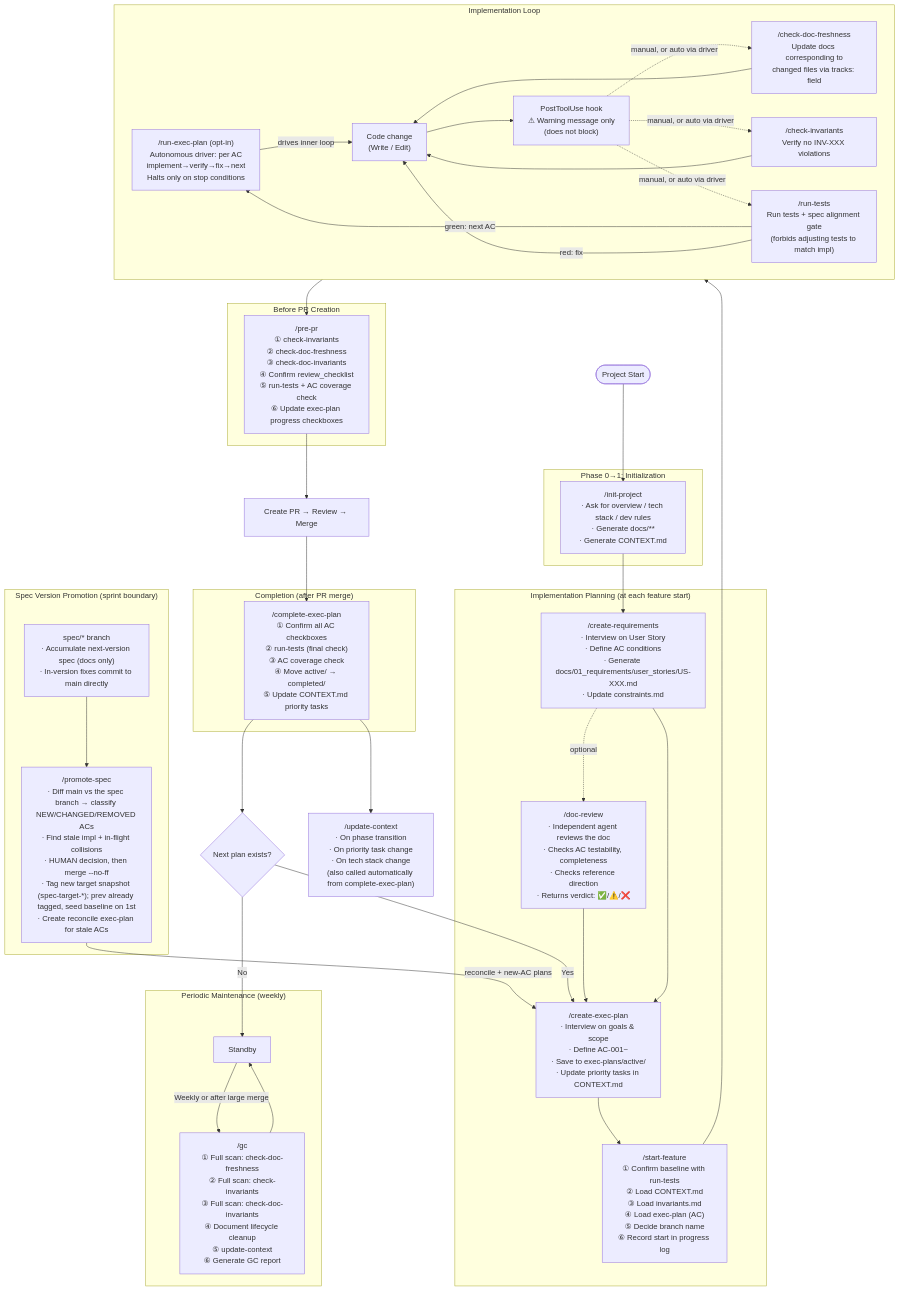
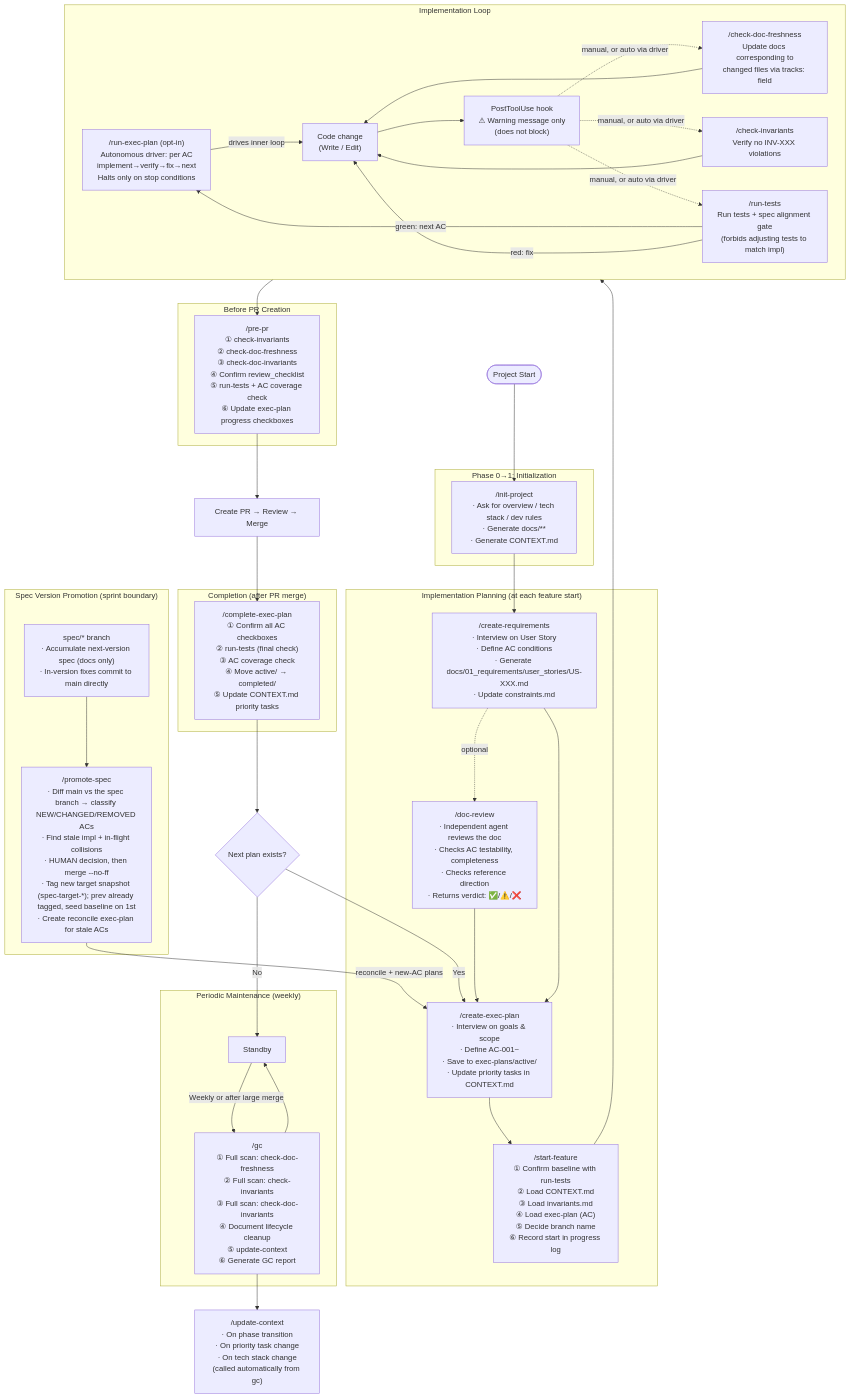
One commit to aki-senri/DocDDTemplate changed the first of 2 diagrams in SKILL_FLOW.md. Above: the diagram before and after it, drawn with Mermaid. The commit also changed other lines of this file and 2 other files, not shown here.

Commit message:
docs: complete-exec-plan の呼び出し関係を実態に修正（Copilot 第2回レビュー）
complete-exec-plan は CONTEXT.md を Step 4 で直接更新しており、update-context
スキルは呼ばない（呼ぶのは gc のみ）。また回す検証スキルは run-tests だけ。

- ONBOARDING.ja.md / ONBOARDING.md の §6-0 注記を実態に修正
  （update-context の呼び出し元を gc に限定、complete-exec-plan は直接更新と明記）
- SKILL_FLOW.md の既存の誤りも併せて訂正
  - 図: COMPLETE --> UC を GC --> UC に変更し注記を追加
  - スキル呼び出し表: complete-exec-plan → update-context の行を削除し直接更新へ

````diff
--- a/SKILL_FLOW.md
+++ b/SKILL_FLOW.md
@@ -11,79 +11,79 @@
 ```mermaid
 flowchart TD
     START([Project Start]) --> INIT
 
     subgraph PHASE01["Phase 0→1: Initialization"]
         INIT["/init-project\n· Ask for overview / tech stack / dev rules\n· Generate docs/**\n· Generate CONTEXT.md"]
     end
 
     INIT --> REQ
 
     subgraph PLAN_PHASE["Implementation Planning (at each feature start)"]
         REQ["/create-requirements\n· Interview on User Story\n· Define AC conditions\n· Generate docs/01_requirements/user_stories/US-XXX.md\n· Update constraints.md"]
         REQ -.->|optional| DR
         DR["/doc-review\n· Independent agent reviews the doc\n· Checks AC testability, completeness\n· Checks reference direction\n· Returns verdict: ✅/⚠️/❌"]
         DR --> PLAN
         REQ --> PLAN
         PLAN["/create-exec-plan\n· Interview on goals & scope\n· Define AC-001~\n· Save to exec-plans/active/\n· Update priority tasks in CONTEXT.md"]
         PLAN --> SF
         SF["/start-feature\n① Confirm baseline with run-tests\n② Load CONTEXT.md\n③ Load invariants.md\n④ Load exec-plan (AC)\n⑤ Decide branch name\n⑥ Record start in progress log"]
     end
 
     SF --> IMPL
 
     subgraph IMPL["Implementation Loop"]
         DRIVER["/run-exec-plan (opt-in)\nAutonomous driver: per AC\nimplement→verify→fix→next\nHalts only on stop conditions"]
         CODE["Code change\n(Write / Edit)"]
         HOOK["PostToolUse hook\n⚠ Warning message only\n(does not block)"]
         CDF["/check-doc-freshness\nUpdate docs corresponding to\nchanged files via tracks: field"]
         CI["/check-invariants\nVerify no INV-XXX violations"]
         RT["/run-tests\nRun tests + spec alignment gate\n(forbids adjusting tests to match impl)"]
 
         DRIVER -->|drives inner loop| CODE
         CODE --> HOOK
         HOOK -.->|manual, or auto via driver| CDF
         HOOK -.->|manual, or auto via driver| CI
         HOOK -.->|manual, or auto via driver| RT
         CDF --> CODE
         CI --> CODE
         RT -->|green: next AC| DRIVER
         RT -->|red: fix| CODE
     end
 
     IMPL --> PREPR
 
     subgraph PREPR_PHASE["Before PR Creation"]
         PREPR["/pre-pr\n① check-invariants\n② check-doc-freshness\n③ check-doc-invariants\n④ Confirm review_checklist\n⑤ run-tests + AC coverage check\n⑥ Update exec-plan progress checkboxes"]
     end
 
     PREPR --> PR
     PR["Create PR → Review → Merge"]
     PR --> COMPLETE
 
     subgraph COMPLETE_PHASE["Completion (after PR merge)"]
         COMPLETE["/complete-exec-plan\n① Confirm all AC checkboxes\n② run-tests (final check)\n③ AC coverage check\n④ Move active/ → completed/\n⑤ Update CONTEXT.md priority tasks"]
     end
 
     COMPLETE --> NEXT
     NEXT{Next plan exists?}
     NEXT -->|Yes| PLAN
     NEXT -->|No| GC_WAIT
 
     subgraph GC_PHASE["Periodic Maintenance (weekly)"]
         GC_WAIT["Standby"]
         GC["/gc\n① Full scan: check-doc-freshness\n② Full scan: check-invariants\n③ Full scan: check-doc-invariants\n④ Document lifecycle cleanup\n⑤ update-context\n⑥ Generate GC report"]
         GC_WAIT -->|Weekly or after large merge| GC
         GC --> GC_WAIT
     end
 
     subgraph SPEC_PROMO["Spec Version Promotion (sprint boundary)"]
         SPECBR["spec/* branch\n· Accumulate next-version spec (docs only)\n· In-version fixes commit to main directly"]
         PROMO["/promote-spec\n· Diff main vs the spec branch → classify NEW/CHANGED/REMOVED ACs\n· Find stale impl + in-flight collisions\n· HUMAN decision, then merge --no-ff\n· Tag new target snapshot (spec-target-*); prev already tagged, seed baseline on 1st\n· Create reconcile exec-plan for stale ACs"]
         SPECBR --> PROMO
     end
 
     PROMO -->|reconcile + new-AC plans| PLAN
 
-    UC["/update-context\n· On phase transition\n· On priority task change\n· On tech stack change\n(also called automatically from complete-exec-plan)"]
-    COMPLETE --> UC
+    UC["/update-context\n· On phase transition\n· On priority task change\n· On tech stack change\n(called automatically from gc)"]
+    GC --> UC
 ```
````
